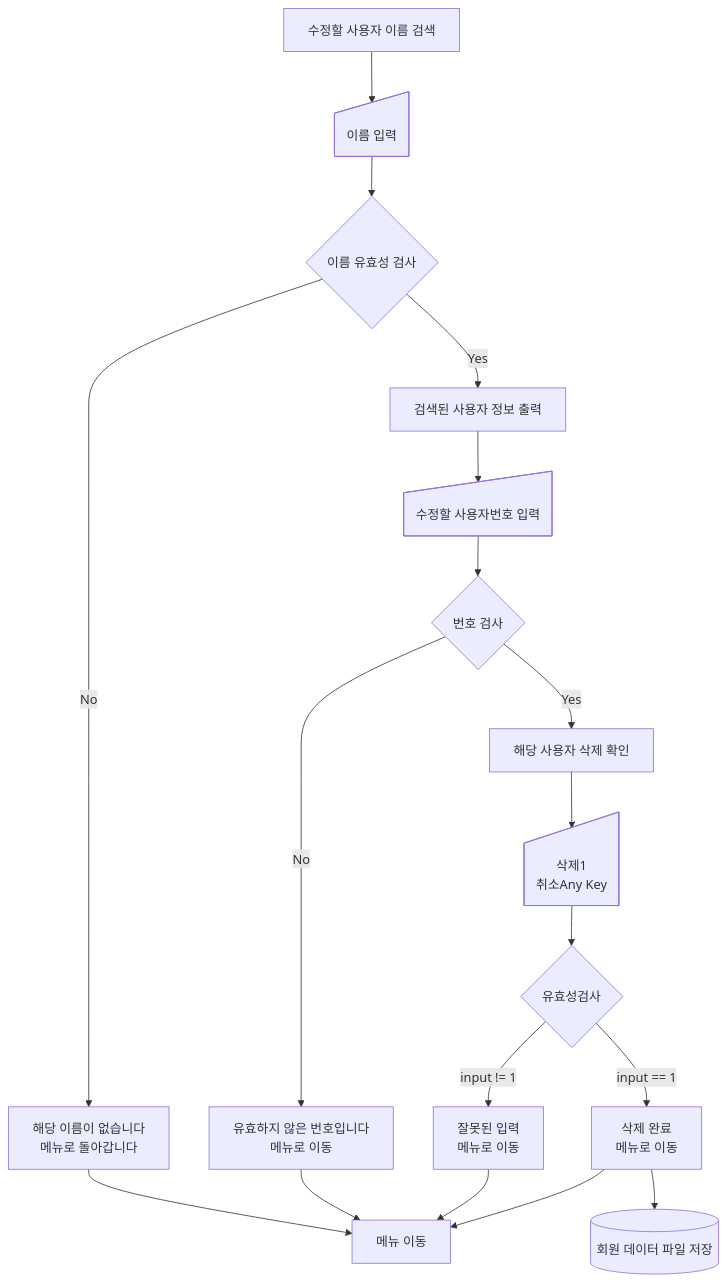
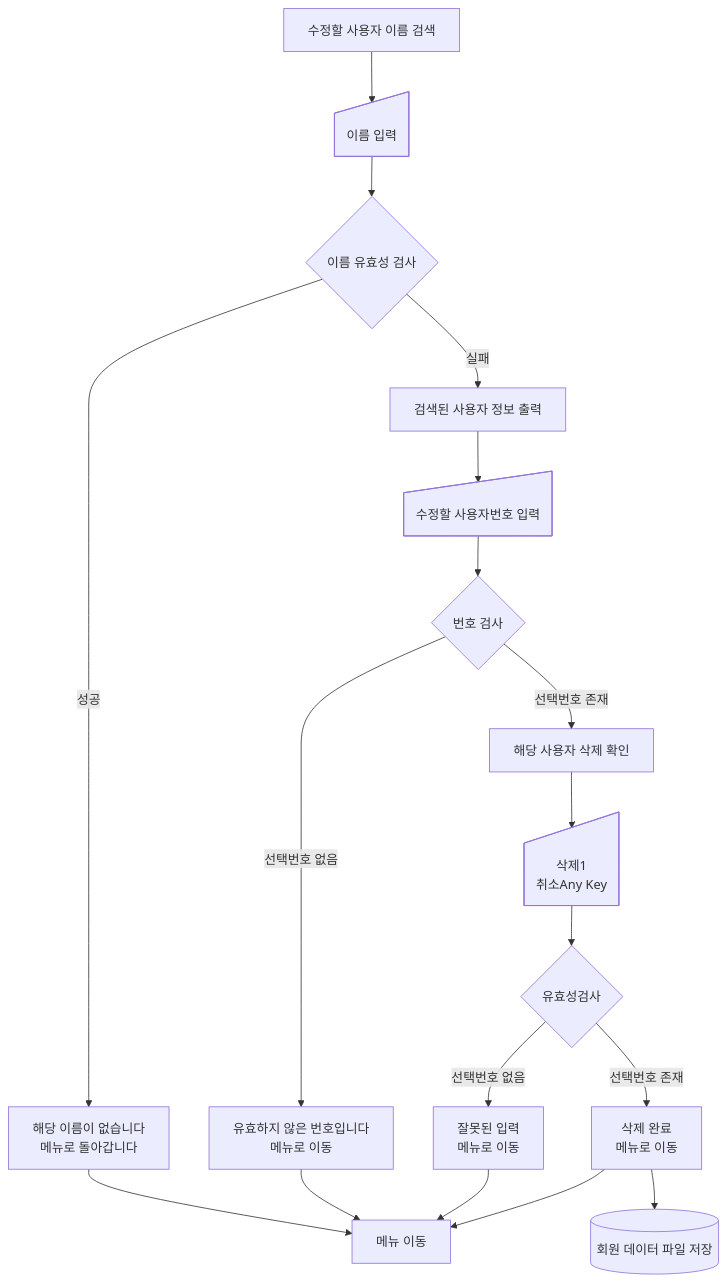
The diagram in docs/flowchart_IMH/delete.md (Happy-o3ov/big20-python-project1-team3), drawn with Mermaid before and after one commit. The commit also changed 16 other files, not shown here.

Commit message:
Add flowchart and remove other users' data

````diff
--- a/docs/flowchart_IMH/delete.md
+++ b/docs/flowchart_IMH/delete.md
@@ -3,39 +3,39 @@
 ```mermaid
-flowchart TD 
+flowchart TD
     %%사용자 검색
     search_delete_message[수정할 사용자 이름 검색]
     search_name@{ shape: manual-input, label: "이름 입력"}
     check_search_name{이름 유효성 검사}
     search_fail[해당 이름이 없습니다<br>메뉴로 돌아갑니다]
     search_success[검색된 사용자 정보 출력]
 
     %%사용자 선택
     select_delete_message@{ shape: manual-input, label: "수정할 사용자번호 입력"}
     check_select_input{번호 검사}
-    failed_select[유효하지 않은 번호입니다<br>메뉴로 이동]
+    select_fail[유효하지 않은 번호입니다<br>메뉴로 이동]
 
     %%사용자 삭제
     delete_message[해당 사용자 삭제 확인]
     delete_input@{ shape: manual-input, label: "삭제1<br>취소Any Key"}
     check_delete_input{유효성검사}
     save_file[(회원 데이터 파일 저장)]
     delete_fail[잘못된 입력<br>메뉴로 이동]
     delete_success[삭제 완료<br>메뉴로 이동]
     return_menu[메뉴 이동]
 
     search_delete_message --> search_name
     search_name --> check_search_name
-    check_search_name --> |No| search_fail --> return_menu
-    check_search_name --> |Yes| search_success
+    check_search_name --> |성공| search_fail --> return_menu
+    check_search_name --> |실패| search_success
     search_success --> select_delete_message
     select_delete_message --> check_select_input
-    check_select_input --> |No| failed_select --> return_menu
-    check_select_input --> |Yes| delete_message
+    check_select_input --> |선택번호 없음| select_fail --> return_menu
+    check_select_input --> |선택번호 존재| delete_message
     delete_message --> delete_input
     delete_input --> check_delete_input
-    check_delete_input --> |input != 1| delete_fail -->return_menu
-    check_delete_input --> |input == 1| delete_success -->return_menu
+    check_delete_input --> |선택번호 없음| delete_fail -->return_menu
+    check_delete_input --> |선택번호 존재| delete_success -->return_menu
     delete_success --> save_file
 
 
 ```
````
